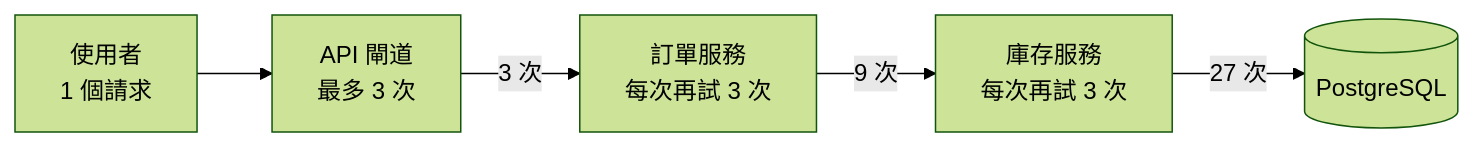
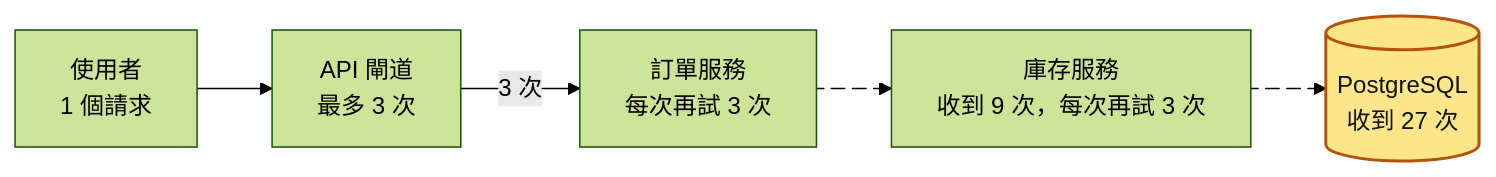
Before and after one commit to TLOGBen/BackendBook: the sixth of 8 diagrams in docs/26-重試機制.md, drawn with Mermaid (forest theme). The commit also changed other lines of this file and 125 other files, not shown here.

First line of the commit message:
新人教材：擴充到 59 篇，每篇加上互動主圖、核心理念與閱讀前知識

````diff
--- a/docs/26-重試機制.md
+++ b/docs/26-重試機制.md
@@ -181,7 +254,11 @@
 ```mermaid
 flowchart LR
     U["使用者<br/>1 個請求"] --> G["API 閘道<br/>最多 3 次"]
     G -->|"3 次"| O["訂單服務<br/>每次再試 3 次"]
-    O -->|"9 次"| I["庫存服務<br/>每次再試 3 次"]
-    I -->|"27 次"| DB[("PostgreSQL")]
+    O e1@--> I["庫存服務<br/>收到 9 次，每次再試 3 次"]
+    I e2@--> DB[("PostgreSQL<br/>收到 27 次")]
+    e1@{ animate: true }
+    e2@{ animate: true }
+    classDef hot fill:#fde68a,stroke:#b45309,stroke-width:2px,color:#111
+    class DB hot
 ```
````
